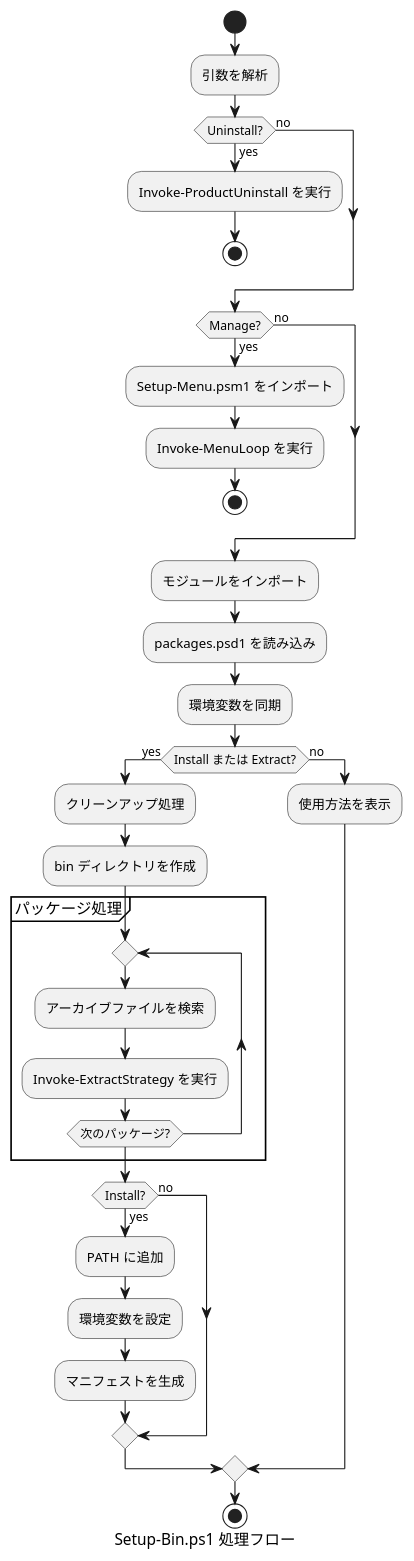
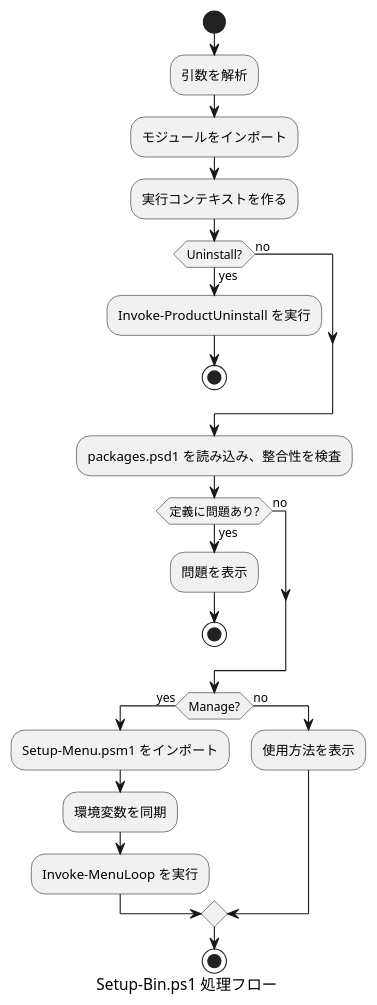
Before and after one commit to Hondarer/devbin-win: the second of 2 diagrams in docs/setup-bin-design.md, drawn with PlantUML. The commit also changed other lines of this file and 10 other files, not shown here.

````diff
--- a/docs/setup-bin-design.md
+++ b/docs/setup-bin-design.md
@@ -239,46 +252,32 @@
 ```plantuml
 @startuml Setup-Bin.ps1 処理フロー
 caption Setup-Bin.ps1 処理フロー
 start
 :引数を解析;
+:モジュールをインポート;
+:実行コンテキストを作る;
 
 if (Uninstall?) then (yes)
   :Invoke-ProductUninstall を実行;
   stop
 else (no)
 endif
 
-if (Manage?) then (yes)
-  :Setup-Menu.psm1 をインポート;
-  :Invoke-MenuLoop を実行;
+:packages.psd1 を読み込み、整合性を検査;
+
+if (定義に問題あり?) then (yes)
+  :問題を表示;
   stop
 else (no)
 endif
 
-:モジュールをインポート;
-:packages.psd1 を読み込み;
-:環境変数を同期;
-
-if (Install または Extract?) then (yes)
-  :クリーンアップ処理;
-  :bin ディレクトリを作成;
-
-  partition "パッケージ処理" {
-    repeat
-      :アーカイブファイルを検索;
-      :Invoke-ExtractStrategy を実行;
-    repeat while (次のパッケージ?)
-  }
-
-  if (Install?) then (yes)
-    :PATH に追加;
-    :環境変数を設定;
-    :マニフェストを生成;
-  else (no)
-  endif
+if (Manage?) then (yes)
+  :Setup-Menu.psm1 をインポート;
+  :環境変数を同期;
+  :Invoke-MenuLoop を実行;
 else (no)
   :使用方法を表示;
 endif
 stop
 @enduml
 ```
````
